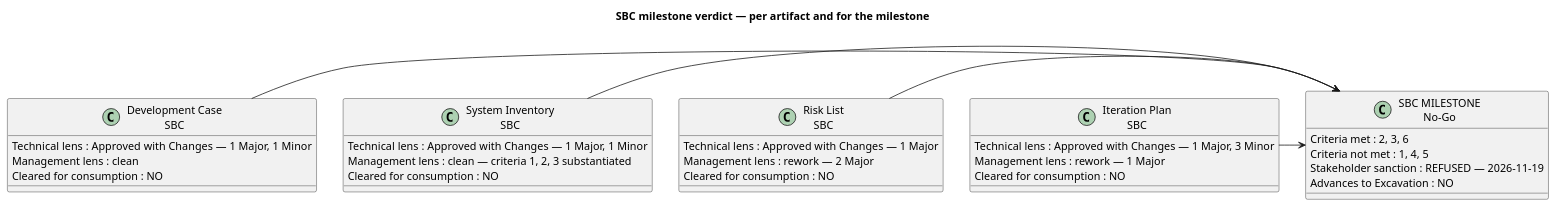
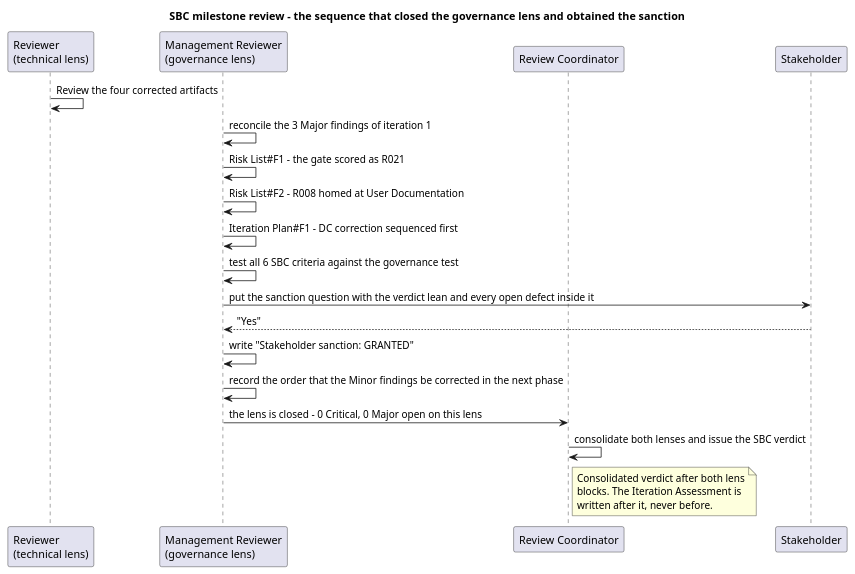
Before and after one commit to banense-test/TodoApp: diagram 12 of 13 in docs/artifacts/project-management/review-record.md, drawn with PlantUML. The commit also changed other lines of this file, not shown here.

First line of the commit message:
Management Reviewer [Survey2]: upsert Review Record

````diff
--- a/docs/artifacts/project-management/review-record.md
+++ b/docs/artifacts/project-management/review-record.md
@@ -805,38 +889,31 @@
 ```plantuml
 @startuml
-title SBC milestone verdict — per artifact and for the milestone
+title SBC milestone review - the sequence that closed the governance lens and obtained the sanction
 skinparam shadowing false
+skinparam defaultTextAlignment left
 
-class "Development Case\nSBC" as DC {
-  Technical lens : Approved with Changes — 1 Major, 1 Minor
-  Management lens : clean
-  Cleared for consumption : NO
-}
-class "System Inventory\nSBC" as SI {
-  Technical lens : Approved with Changes — 1 Major, 1 Minor
-  Management lens : clean — criteria 1, 2, 3 substantiated
-  Cleared for consumption : NO
-}
-class "Risk List\nSBC" as RL {
-  Technical lens : Approved with Changes — 1 Major
-  Management lens : rework — 2 Major
-  Cleared for consumption : NO
-}
-class "Iteration Plan\nSBC" as IP {
-  Technical lens : Approved with Changes — 1 Major, 3 Minor
-  Management lens : rework — 1 Major
-  Cleared for consumption : NO
-}
-class "SBC MILESTONE\nNo-Go" as M {
-  Criteria met : 2, 3, 6
-  Criteria not met : 1, 4, 5
-  Stakeholder sanction : REFUSED — 2026-11-19
-  Advances to Excavation : NO
-}
+participant "Reviewer\n(technical lens)" as T
+participant "Management Reviewer\n(governance lens)" as M
+participant "Review Coordinator" as C
+participant "Stakeholder" as S
 
-DC -right-> M
-SI -right-> M
-RL -right-> M
-IP -right-> M
+T -> T : Review the four corrected artifacts
+M -> M : reconcile the 3 Major findings of iteration 1
+M -> M : Risk List#F1 - the gate scored as R021
+M -> M : Risk List#F2 - R008 homed at User Documentation
+M -> M : Iteration Plan#F1 - DC correction sequenced first
+M -> M : test all 6 SBC criteria against the governance test
+M -> S : put the sanction question with the verdict lean and every open defect inside it
+S --> M : "Yes"
+M -> M : write "Stakeholder sanction: GRANTED"
+M -> M : record the order that the Minor findings be corrected in the next phase
+M -> C : the lens is closed - 0 Critical, 0 Major open on this lens
+C -> C : consolidate both lenses and issue the SBC verdict
+
+note right of C
+  Consolidated verdict after both lens
+  blocks. The Iteration Assessment is
+  written after it, never before.
+end note
 @enduml
 ```
````
